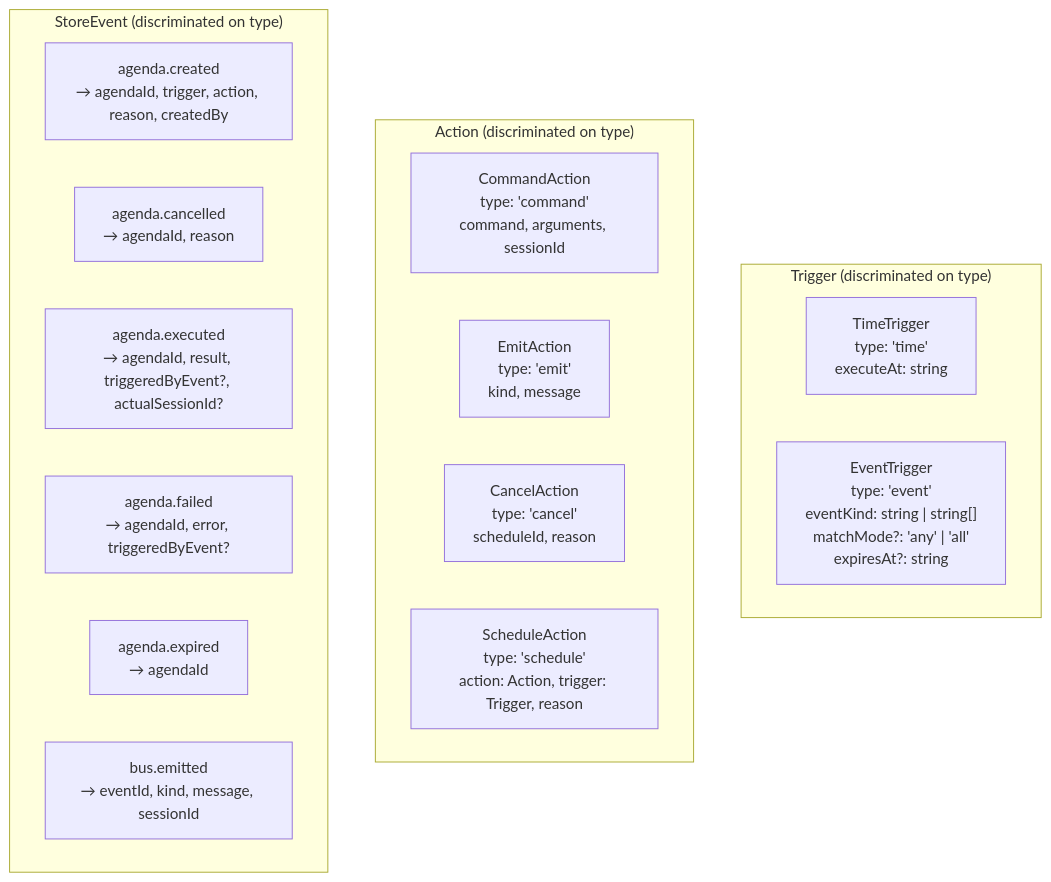
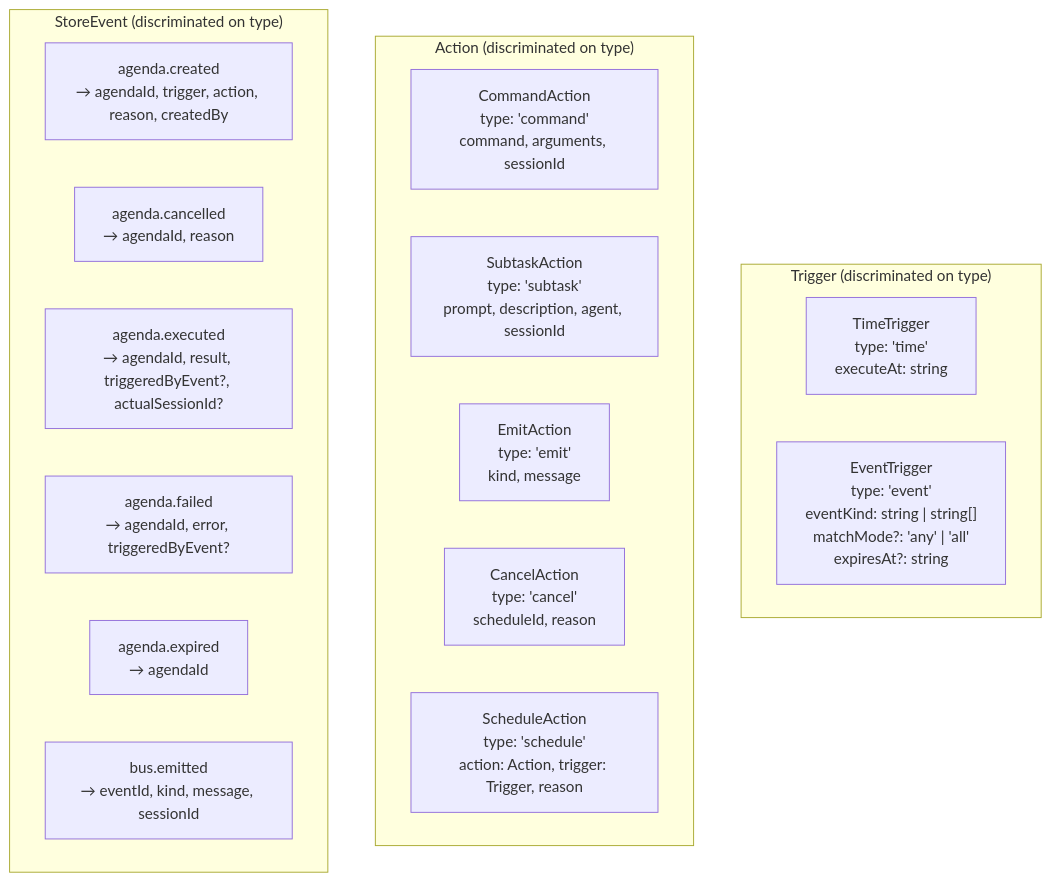
The second of 7 diagrams in ARCHITECTURE.md (ToxicPine/opencode-agenda-plugin), drawn with Mermaid before and after one commit. The commit also changed other lines of this file and 6 other files, not shown here.

First line of the commit message:
Add subtask action type, fix SDK error handling

````diff
--- a/ARCHITECTURE.md
+++ b/ARCHITECTURE.md
@@ -41,23 +41,24 @@
 ```mermaid
 graph TD
     subgraph Trigger ["Trigger (discriminated on type)"]
         TT["TimeTrigger<br/>type: 'time'<br/>executeAt: string"]
         ET["EventTrigger<br/>type: 'event'<br/>eventKind: string | string[]<br/>matchMode?: 'any' | 'all'<br/>expiresAt?: string"]
     end
 
     subgraph Action ["Action (discriminated on type)"]
         CA["CommandAction<br/>type: 'command'<br/>command, arguments, sessionId"]
+        STA["SubtaskAction<br/>type: 'subtask'<br/>prompt, description, agent, sessionId"]
         EA["EmitAction<br/>type: 'emit'<br/>kind, message"]
         XA["CancelAction<br/>type: 'cancel'<br/>scheduleId, reason"]
         SA["ScheduleAction<br/>type: 'schedule'<br/>action: Action, trigger: Trigger, reason"]
     end
 
     subgraph StoreEvent ["StoreEvent (discriminated on type)"]
         SE1["agenda.created<br/>→ agendaId, trigger, action, reason, createdBy"]
         SE2["agenda.cancelled<br/>→ agendaId, reason"]
         SE3["agenda.executed<br/>→ agendaId, result, triggeredByEvent?, actualSessionId?"]
         SE4["agenda.failed<br/>→ agendaId, error, triggeredByEvent?"]
         SE5["agenda.expired<br/>→ agendaId"]
         SE6["bus.emitted<br/>→ eventId, kind, message, sessionId"]
     end
 ```
````
